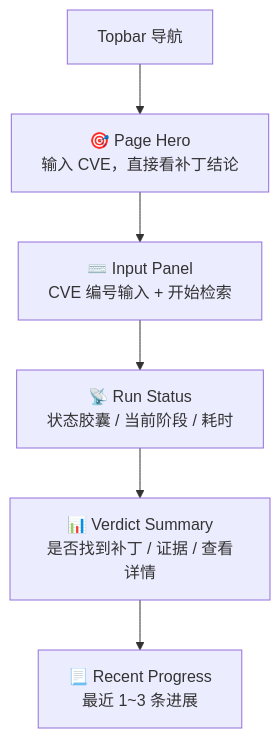
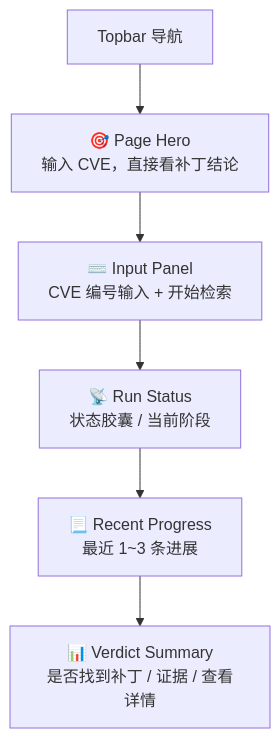
Before and after one commit to coeoo/AetherFlow: the first of 2 diagrams in docs/13-界面设计/P101-CVE检索工作台页面设计.md, drawn with Mermaid. The commit also changed other lines of this file and 32 other files, not shown here.

````diff
--- a/docs/13-界面设计/P101-CVE检索工作台页面设计.md
+++ b/docs/13-界面设计/P101-CVE检索工作台页面设计.md
@@ -34,8 +34,8 @@
 ```mermaid
 flowchart TD
     A["Topbar 导航"] --> B["🎯 Page Hero\n输入 CVE，直接看补丁结论"]
     B --> C["⌨️ Input Panel\nCVE 编号输入 + 开始检索"]
-    C --> D["📡 Run Status\n状态胶囊 / 当前阶段 / 耗时"]
-    D --> E["📊 Verdict Summary\n是否找到补丁 / 证据 / 查看详情"]
-    E --> F["📃 Recent Progress\n最近 1~3 条进展"]
+    C --> D["📡 Run Status\n状态胶囊 / 当前阶段"]
+    D --> E["📃 Recent Progress\n最近 1~3 条进展"]
+    E --> F["📊 Verdict Summary\n是否找到补丁 / 证据 / 查看详情"]
 ```
````
